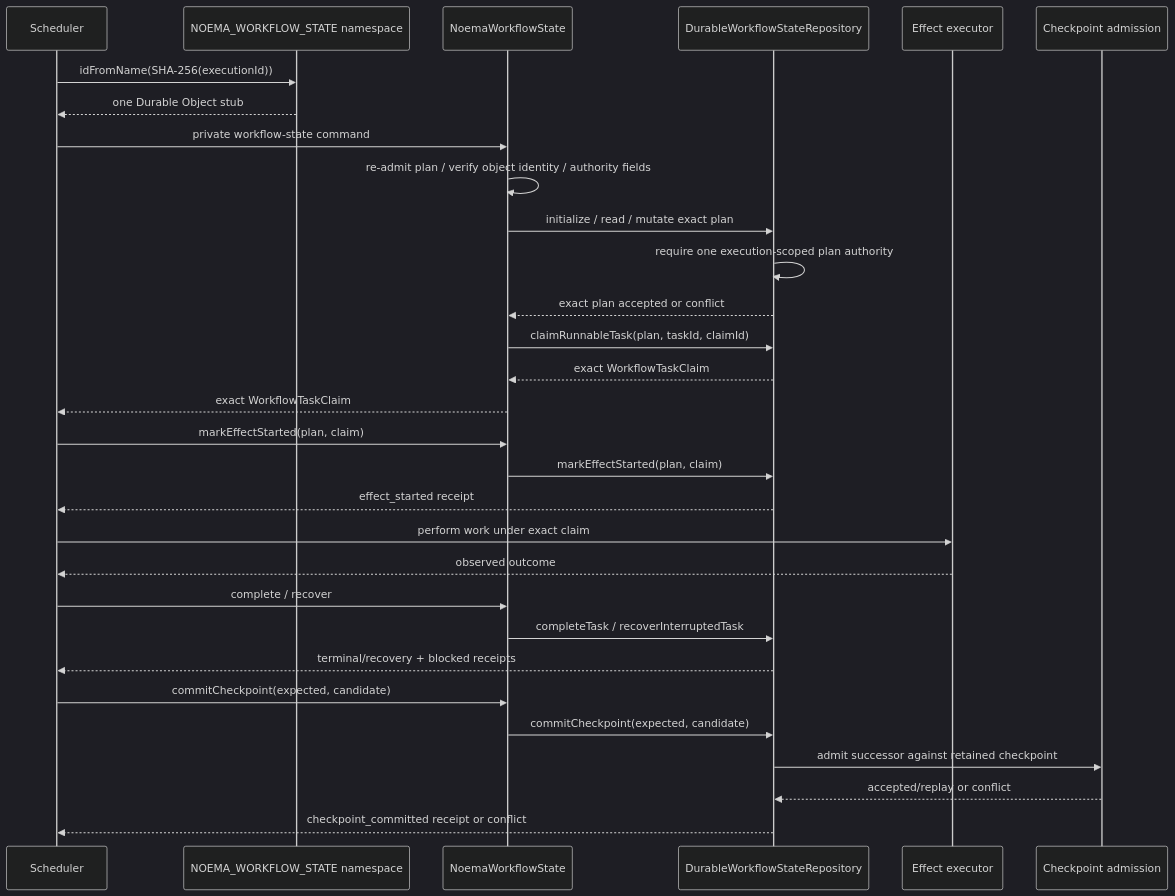
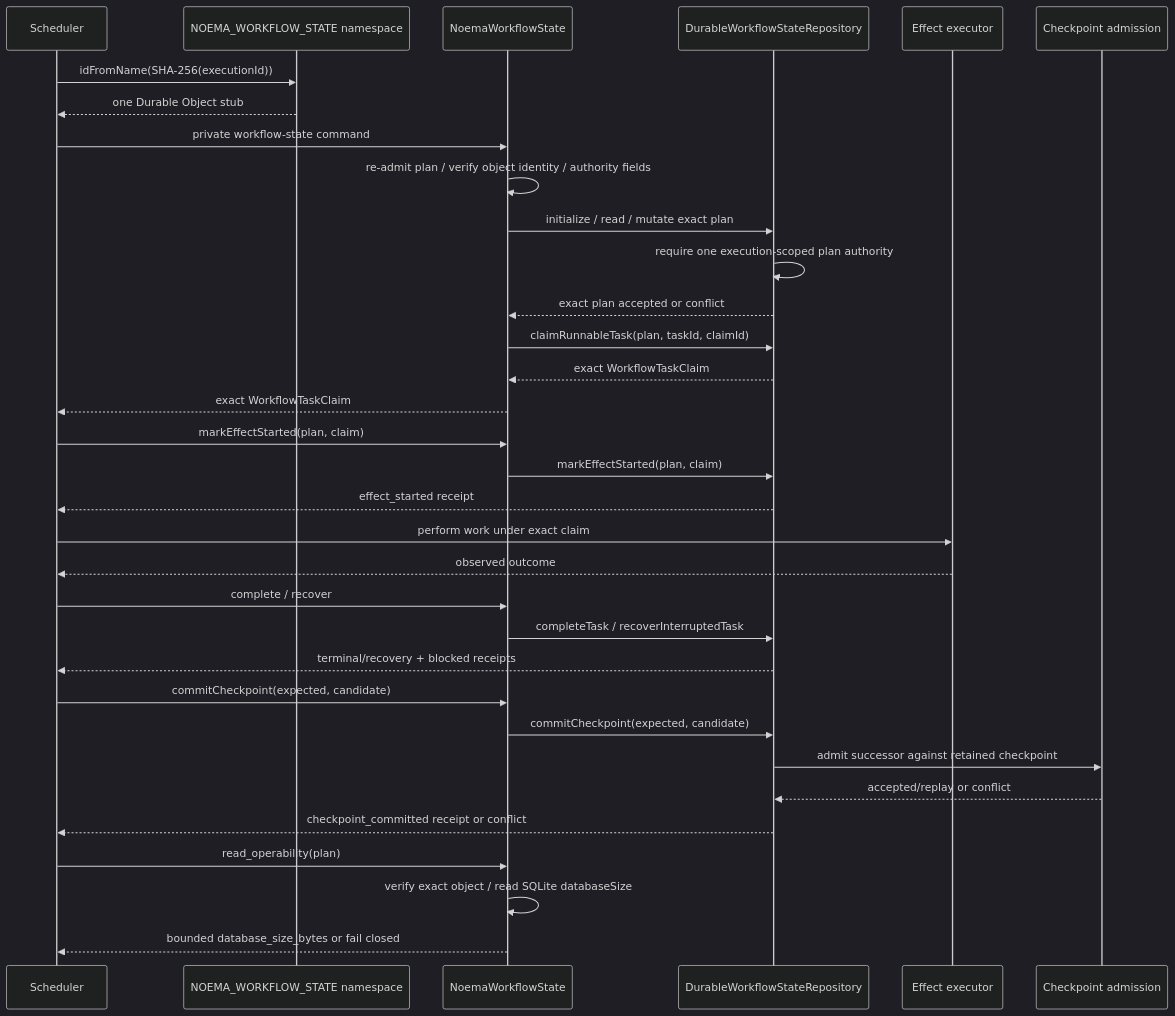
One commit to ContextualWisdomLab/noema changed the diagram in docs/adr/0013-durable-workflow-execution-authority.md. Above: the diagram before and after it, drawn with Mermaid (dark theme). The commit also changed other lines of this file, not shown here.

Commit message:
docs(adr): bind workflow operability to existing authority

````diff
--- a/docs/adr/0013-durable-workflow-execution-authority.md
+++ b/docs/adr/0013-durable-workflow-execution-authority.md
@@ -76,33 +79,36 @@
 ```mermaid
 sequenceDiagram
     participant S as Scheduler
     participant N as NOEMA_WORKFLOW_STATE namespace
     participant O as NoemaWorkflowState
     participant R as DurableWorkflowStateRepository
     participant E as Effect executor
     participant C as Checkpoint admission
 
     S->>N: idFromName(SHA-256(executionId))
     N-->>S: one Durable Object stub
     S->>O: private workflow-state command
     O->>O: re-admit plan / verify object identity / authority fields
     O->>R: initialize / read / mutate exact plan
     R->>R: require one execution-scoped plan authority
     R-->>O: exact plan accepted or conflict
     O->>R: claimRunnableTask(plan, taskId, claimId)
     R-->>O: exact WorkflowTaskClaim
     O-->>S: exact WorkflowTaskClaim
     S->>O: markEffectStarted(plan, claim)
     O->>R: markEffectStarted(plan, claim)
     R-->>S: effect_started receipt
     S->>E: perform work under exact claim
     E-->>S: observed outcome
     S->>O: complete / recover
     O->>R: completeTask / recoverInterruptedTask
     R-->>S: terminal/recovery + blocked receipts
     S->>O: commitCheckpoint(expected, candidate)
     O->>R: commitCheckpoint(expected, candidate)
     R->>C: admit successor against retained checkpoint
     C-->>R: accepted/replay or conflict
     R-->>S: checkpoint_committed receipt or conflict
+    S->>O: read_operability(plan)
+    O->>O: verify exact object / read SQLite databaseSize
+    O-->>S: bounded database_size_bytes or fail closed
 ```
````
